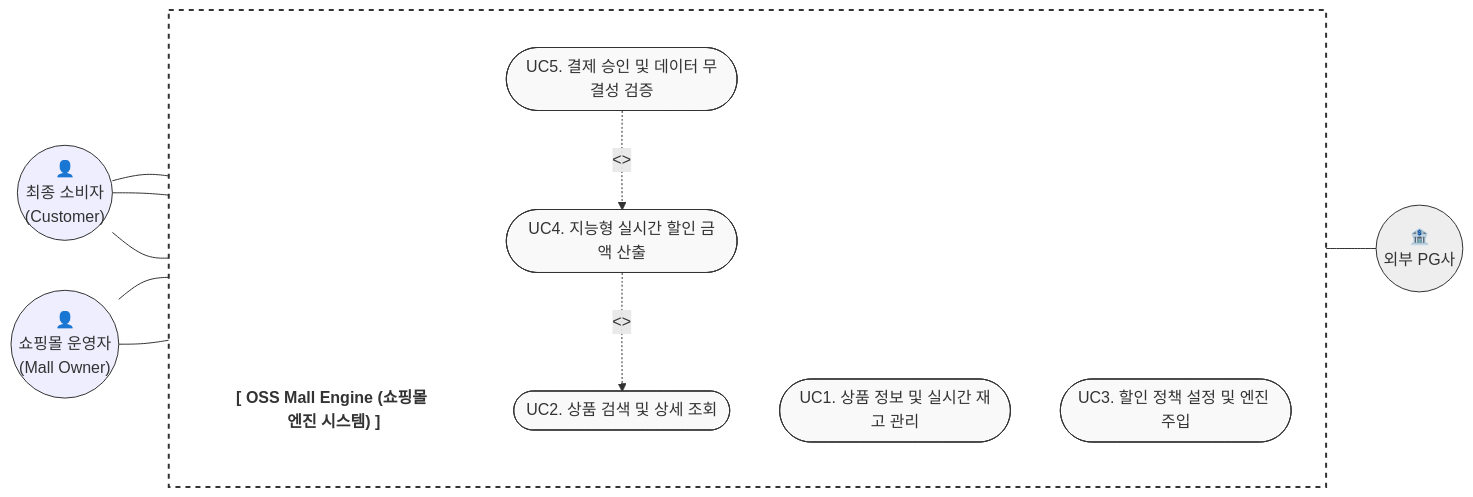
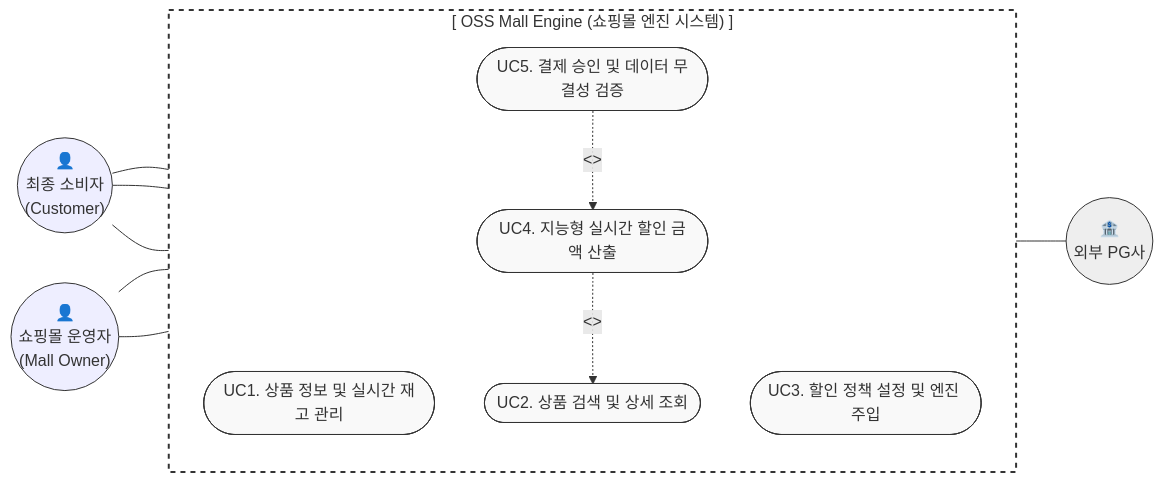
The first of 3 diagrams in Analysis_22212025_이진녕.md (dlwlssud123/OSS_shopping), drawn with Mermaid before and after one commit.

Commit message:
uscase diagram 수정

````diff
--- a/Analysis_22212025_이진녕.md
+++ b/Analysis_22212025_이진녕.md
@@ -54,45 +54,42 @@
 ```mermaid
 flowchart LR
     %% 액터 설정 (원형 노드와 아이콘으로 액터 표현)
     Customer(("👤<br>최종 소비자<br>(Customer)"))
     Owner(("👤<br>쇼핑몰 운영자<br>(Mall Owner)"))
     PG(("🏦<br>외부 PG사"))
 
-    %% 시스템 경계 (subgraph)
-    subgraph OSS_Engine [ ]
+    %% 시스템 경계 (subgraph 타이틀로 중앙 정렬 구현)
+    subgraph OSS_Engine ["[ OSS Mall Engine (쇼핑몰 엔진 시스템) ]"]
         direction TB
-        %% 시스템 명칭 (경계 내부 상단에 배치)
-        SystemName["<b>[ OSS Mall Engine (쇼핑몰 엔진 시스템) ]</b>"]
         
         UC1(["UC1. 상품 정보 및 실시간 재고 관리"])
         UC2(["UC2. 상품 검색 및 상세 조회"])
         UC3(["UC3. 할인 정책 설정 및 엔진 주입"])
         UC4(["UC4. 지능형 실시간 할인 금액 산출"])
         UC5(["UC5. 결제 승인 및 데이터 무결성 검증"])
     end
 
     %% 연결 관계
     Customer --- UC2
     Customer --- UC4
     Customer --- UC5
 
     Owner --- UC1
     Owner --- UC3
 
     UC5 --- PG
     
     UC4 -. "<<include>>" .-> UC2
     UC5 -. "<<include>>" .-> UC4
 
     %% 스타일링 (더 깔끔한 가독성)
     style OSS_Engine fill:#fff,stroke:#333,stroke-width:2px,stroke-dasharray: 5 5
-    style SystemName fill:none,stroke:none,font-size:16px
     style UC1 fill:#f9f9f9,stroke:#333
     style UC2 fill:#f9f9f9,stroke:#333
     style UC3 fill:#f9f9f9,stroke:#333
     style UC4 fill:#f9f9f9,stroke:#333
     style UC5 fill:#f9f9f9,stroke:#333
     style Customer fill:#eef,stroke:#333
     style Owner fill:#eef,stroke:#333
     style PG fill:#eee,stroke:#333
 ```
````
